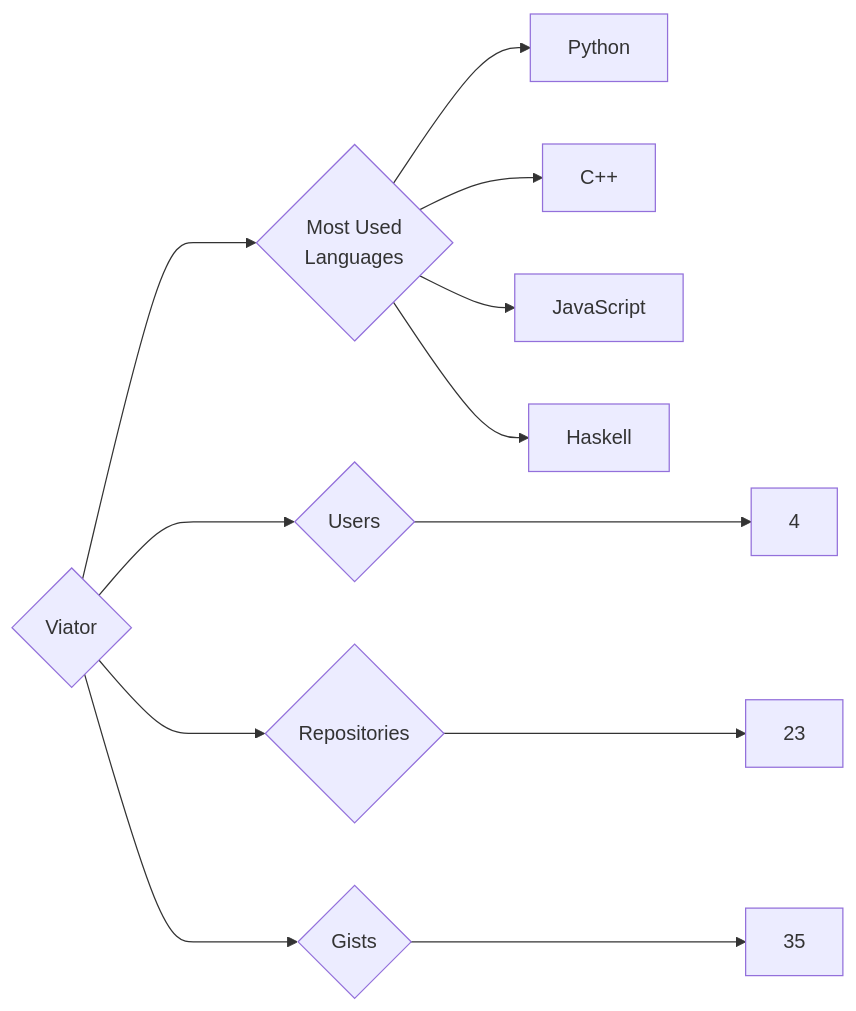
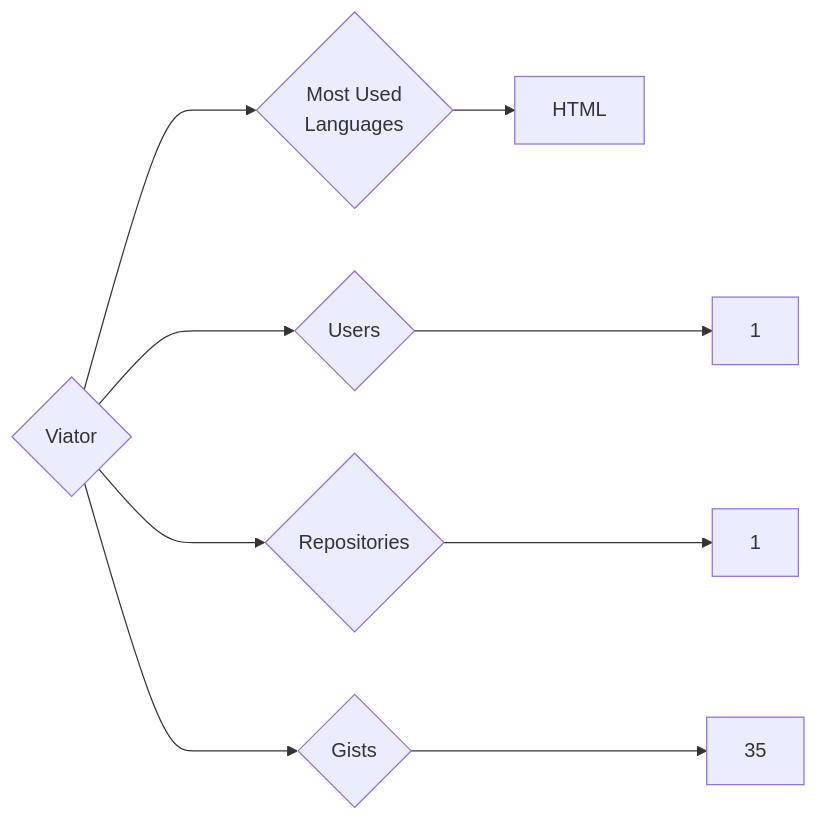
Before and after one commit to trickest/insiders: the diagram in targets/Viator/README.md, drawn with Mermaid. The commit also changed 534 other files, not shown here.

````diff
--- a/targets/Viator/README.md
+++ b/targets/Viator/README.md
@@ -3,12 +3,9 @@
 ```mermaid
 graph LR
 COMPANY_NAME{Viator}
-COMPANY_NAME ---> U{Users} ---> UN[4]
-COMPANY_NAME ---> R{Repositories} ---> RN[23]
+COMPANY_NAME ---> U{Users} ---> UN[1]
+COMPANY_NAME ---> R{Repositories} ---> RN[1]
 COMPANY_NAME ---> G{Gists} ---> GN[35]
 COMPANY_NAME ---> ML{Most Used<br>Languages}
-ML --> Python[Python]
-ML --> C++[C++]
-ML --> JavaScript[JavaScript]
-ML --> Haskell[Haskell]
+ML --> HTML[HTML]
 ```
````
